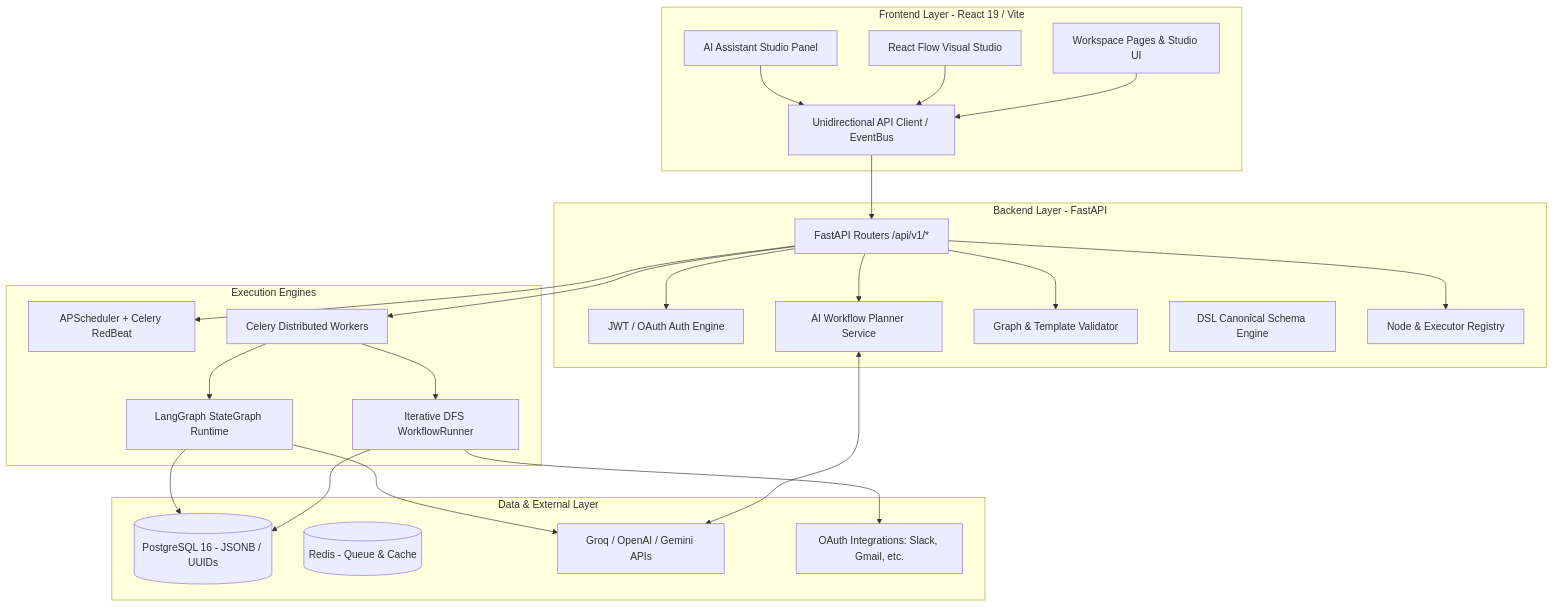
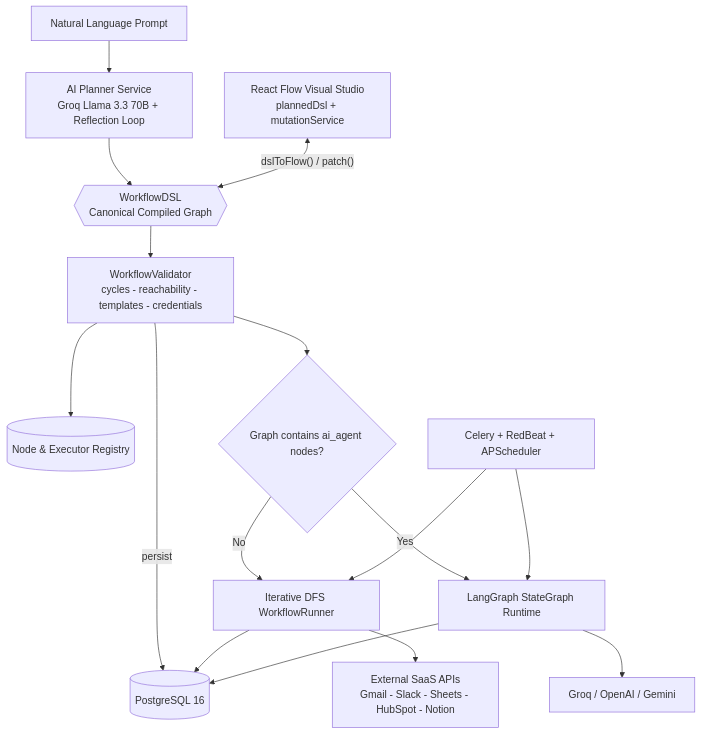
The first of 11 diagrams in docs/MASTER_TECHNICAL_DOCUMENTATION.md (MohammedAbdulRehman-2005/autoflow-ai), drawn with Mermaid before and after one commit. The commit also changed other lines of this file and 30 other files, not shown here.

````diff
--- a/docs/MASTER_TECHNICAL_DOCUMENTATION.md
+++ b/docs/MASTER_TECHNICAL_DOCUMENTATION.md
@@ -52,50 +52,18 @@
 ```mermaid
 graph TD
-    subgraph Frontend [Frontend Layer - React 19 / Vite]
-        UI[Workspace Pages & Studio UI]
-        Canvas[React Flow Visual Studio]
-        Chat[AI Assistant Studio Panel]
-        APIClient[Unidirectional API Client / EventBus]
-    end
-
-    subgraph Backend [Backend Layer - FastAPI]
-        Router[FastAPI Routers /api/v1/*]
-        Auth[JWT / OAuth Auth Engine]
-        Planner[AI Workflow Planner Service]
-        Validator[Graph & Template Validator]
-        DSL[DSL Canonical Schema Engine]
-        Registry[Node & Executor Registry]
-    end
-
-    subgraph Runtimes [Execution Engines]
-        Runner[Iterative DFS WorkflowRunner]
-        LangGraph[LangGraph StateGraph Runtime]
-        Scheduler[APScheduler + Celery RedBeat]
-        Celery[Celery Distributed Workers]
-    end
-
-    subgraph Persistence [Data & External Layer]
-        PG[(PostgreSQL 16 - JSONB / UUIDs)]
-        Redis[(Redis - Queue & Cache)]
-        LLM[Groq / OpenAI / Gemini APIs]
-        SaaS[OAuth Integrations: Slack, Gmail, etc.]
-    end
-
-    UI --> APIClient
-    Canvas --> APIClient
-    Chat --> APIClient
-    APIClient --> Router
-    Router --> Auth
-    Router --> Planner
-    Router --> Validator
-    Planner <--> LLM
-    Router --> Registry
-    Router --> Celery
-    Router --> Scheduler
-    Celery --> Runner
-    Celery --> LangGraph
-    Runner --> PG
-    LangGraph --> PG
-    Runner --> SaaS
-    LangGraph --> LLM
+    Prompt["Natural Language Prompt"] --> Planner["AI Planner Service<br/>Groq Llama 3.3 70B + Reflection Loop"]
+    Planner --> DSLCore{{"WorkflowDSL<br/>Canonical Compiled Graph"}}
+    Studio["React Flow Visual Studio<br/>plannedDsl + mutationService"] <-->|"dslToFlow() / patch()"| DSLCore
+    DSLCore --> Validator["WorkflowValidator<br/>cycles - reachability - templates - credentials"]
+    Validator --> Registry[("Node & Executor Registry")]
+    Validator -->|"persist"| PG[("PostgreSQL 16")]
+    Validator --> Dispatch{"Graph contains ai_agent nodes?"}
+    Dispatch -- "No" --> DFS["Iterative DFS WorkflowRunner"]
+    Dispatch -- "Yes" --> LG["LangGraph StateGraph Runtime"]
+    DFS --> SaaS["External SaaS APIs<br/>Gmail - Slack - Sheets - HubSpot - Notion"]
+    LG --> LLM["Groq / OpenAI / Gemini"]
+    DFS --> PG
+    LG --> PG
+    Celery["Celery + RedBeat + APScheduler"] --> DFS
+    Celery --> LG
 ```
````
